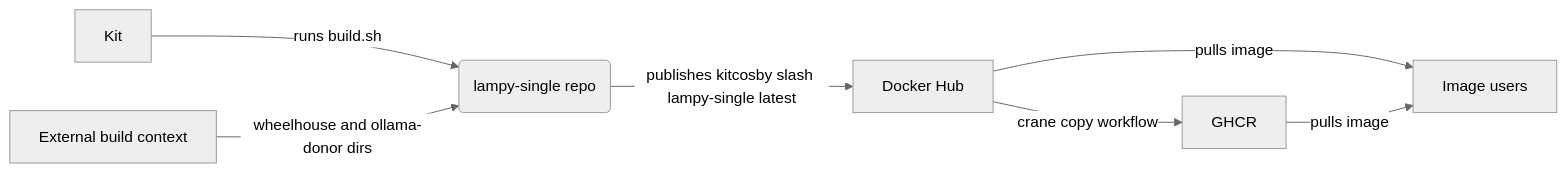
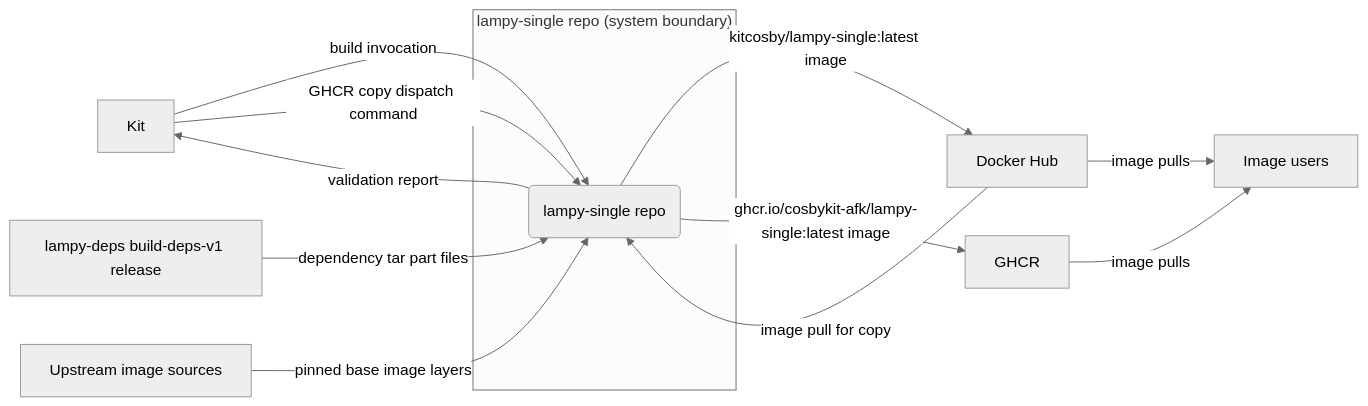
Before and after one commit to cosbykit-afk/lampy-single: the first of 3 diagrams in docs/architecture.md, drawn with Mermaid (neutral theme). The commit also changed other lines of this file, not shown here.

Commit message:
docs: improve architecture diagrams — grounded context, DFD, and ERD

````diff
--- a/docs/architecture.md
+++ b/docs/architecture.md
@@ -9,16 +11,24 @@
 ```mermaid
 flowchart LR
     E1["Kit"]
-    S0("lampy-single repo")
-    E2["External build context"]
-    E3["Docker Hub"]
-    E4["GHCR"]
-    E5["Image users"]
+    E2["lampy-deps build-deps-v1 release"]
+    E3["Upstream image sources"]
+    E4["Docker Hub"]
+    E5["GHCR"]
+    E6["Image users"]
 
-    E1 -->|"runs build.sh"| S0
-    E2 -->|"wheelhouse and ollama-donor dirs"| S0
-    S0 -->|"publishes kitcosby slash lampy-single latest"| E3
-    E3 -->|"crane copy workflow"| E4
-    E3 -->|"pulls image"| E5
-    E4 -->|"pulls image"| E5
+    subgraph SYS["lampy-single repo (system boundary)"]
+        S0("lampy-single repo")
+    end
+
+    E1 -->|"build invocation"| S0
+    E1 -->|"GHCR copy dispatch command"| S0
+    E2 -->|"dependency tar part files"| S0
+    E3 -->|"pinned base image layers"| S0
+    S0 -->|"kitcosby/lampy-single:latest image"| E4
+    E4 -->|"image pull for copy"| S0
+    S0 -->|"ghcr.io/cosbykit-afk/lampy-single:latest image"| E5
+    E4 -->|"image pulls"| E6
+    E5 -->|"image pulls"| E6
+    S0 -->|"validation report"| E1
 ```
````
